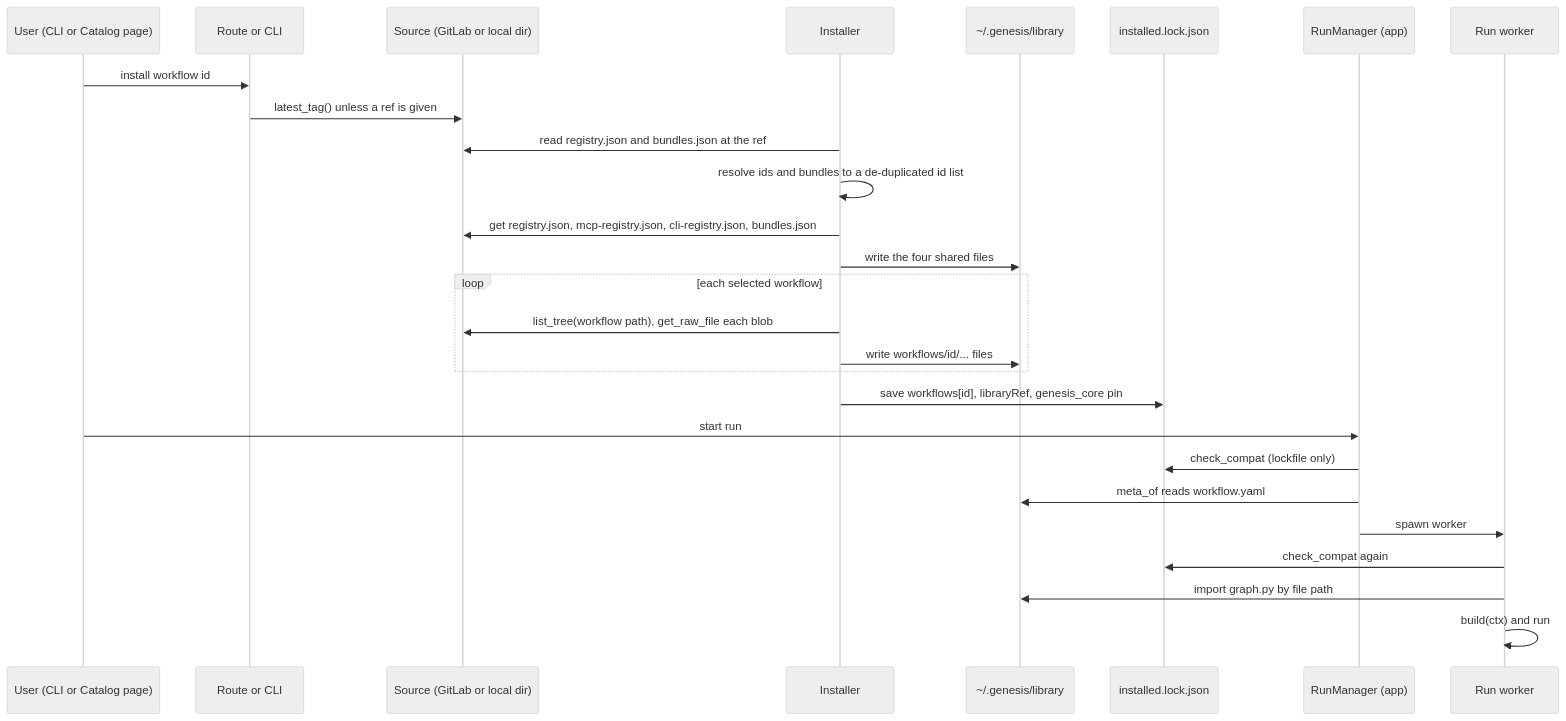
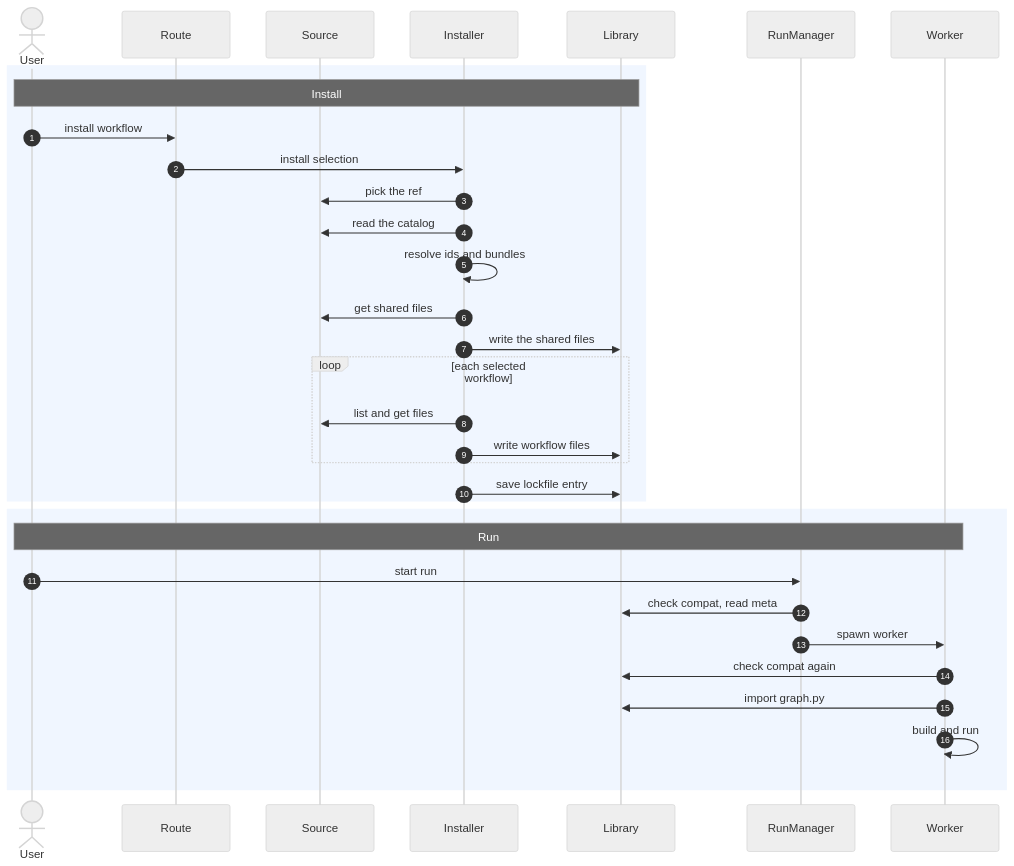
Before and after one commit to ram-020998/project-tracker: the third of 4 diagrams in genesis/architecture/modules/distribution.md, drawn with Mermaid (neutral theme). The commit also changed other lines of this file and 24 other files, not shown here.

First line of the commit message:
architecture: rewrite all 86 Mermaid diagrams to one C4 style, each render-checked

````diff
--- a/genesis/architecture/modules/distribution.md
+++ b/genesis/architecture/modules/distribution.md
@@ -185,29 +196,35 @@
 ```mermaid
 sequenceDiagram
-    participant U as User (CLI or Catalog page)
-    participant R as Route or CLI
-    participant S as Source (GitLab or local dir)
+    autonumber
+    actor U as User
+    participant R as Route
+    participant S as Source
     participant I as Installer
-    participant D as ~/.genesis/library
-    participant L as installed.lock.json
-    participant M as RunManager (app)
-    participant W as Run worker
-    U->>R: install workflow id
-    R->>S: latest_tag() unless a ref is given
-    I->>S: read registry.json and bundles.json at the ref
-    I->>I: resolve ids and bundles to a de-duplicated id list
-    I->>S: get registry.json, mcp-registry.json, cli-registry.json, bundles.json
-    I->>D: write the four shared files
-    loop each selected workflow
-        I->>S: list_tree(workflow path), get_raw_file each blob
-        I->>D: write workflows/id/... files
+    participant D as Library
+    participant M as RunManager
+    participant W as Worker
+    rect rgb(240, 246, 255)
+        Note over U,D: Install
+        U->>R: install workflow
+        R->>I: install selection
+        I->>S: pick the ref
+        I->>S: read the catalog
+        I->>I: resolve ids and bundles
+        I->>S: get shared files
+        I->>D: write the shared files
+        loop each selected workflow
+            I->>S: list and get files
+            I->>D: write workflow files
+        end
+        I->>D: save lockfile entry
     end
-    I->>L: save workflows[id], libraryRef, genesis_core pin
-    U->>M: start run
-    M->>L: check_compat (lockfile only)
-    M->>D: meta_of reads workflow.yaml
-    M->>W: spawn worker
-    W->>L: check_compat again
-    W->>D: import graph.py by file path
-    W->>W: build(ctx) and run
+    rect rgb(240, 246, 255)
+        Note over U,W: Run
+        U->>M: start run
+        M->>D: check compat, read meta
+        M->>W: spawn worker
+        W->>D: check compat again
+        W->>D: import graph.py
+        W->>W: build and run
+    end
 ```
````
